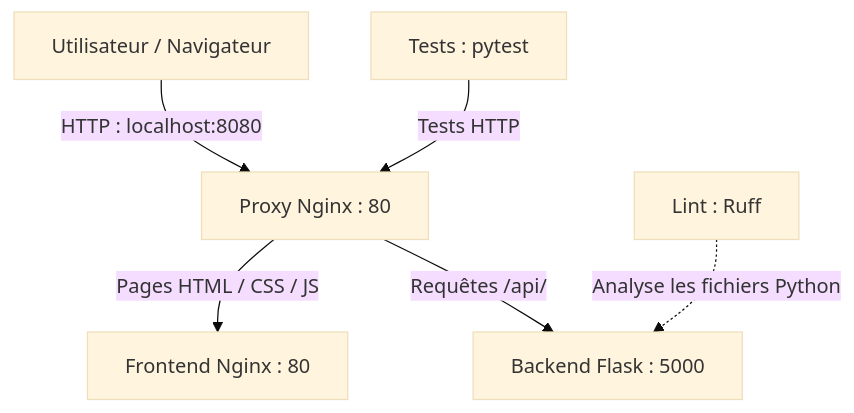
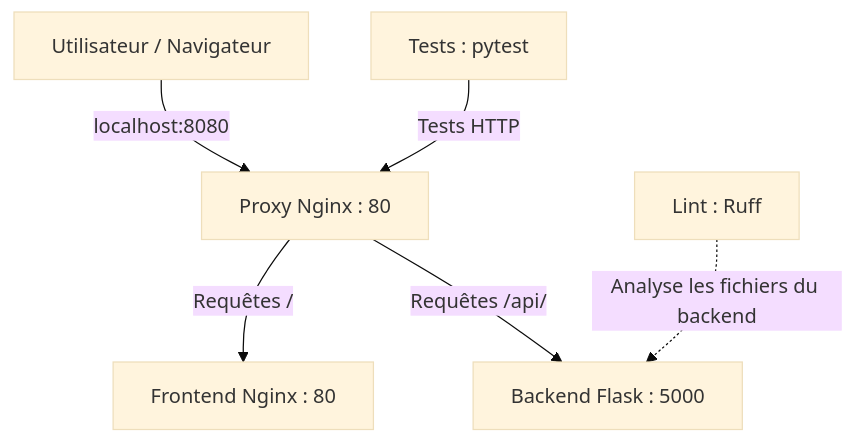
The diagram in docs/architecture.md (PaulineBGZI/docker-cloud), drawn with Mermaid (base theme) before and after one commit. The commit also changed other lines of this file and 1 other file, not shown here.

````diff
--- a/docs/architecture.md
+++ b/docs/architecture.md
@@ -174,16 +157,15 @@
 ```mermaid
-
 flowchart TB
     U["Utilisateur / Navigateur"]
     P["Proxy Nginx : 80"]
     F["Frontend Nginx : 80"]
     B["Backend Flask : 5000"]
     L["Lint : Ruff"]
     T["Tests : pytest"]
 
-    U -->|"HTTP : localhost:8080"| P
-    P -->|"Pages HTML / CSS / JS"| F
+    U -->|"localhost:8080"| P
+    P -->|"Requêtes /"| F
     P -->|"Requêtes /api/"| B
     T -->|"Tests HTTP"| P
-    L -.->|"Analyse les fichiers Python"| B
+    L -.->|"Analyse les fichiers du backend"| B
 ```
````
